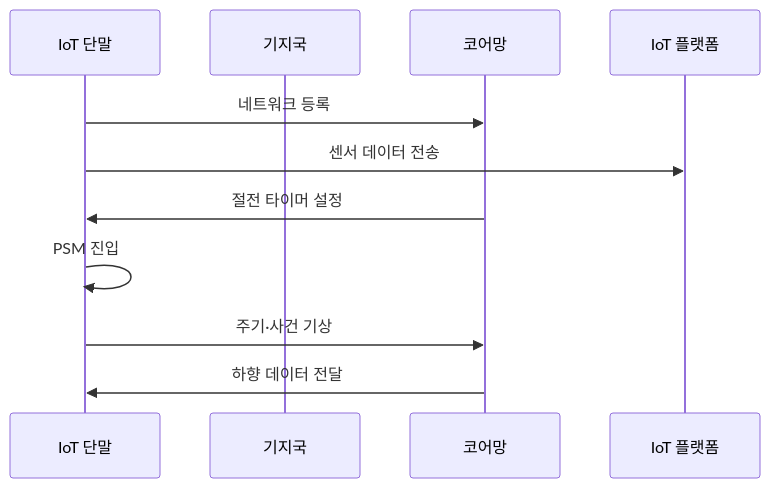
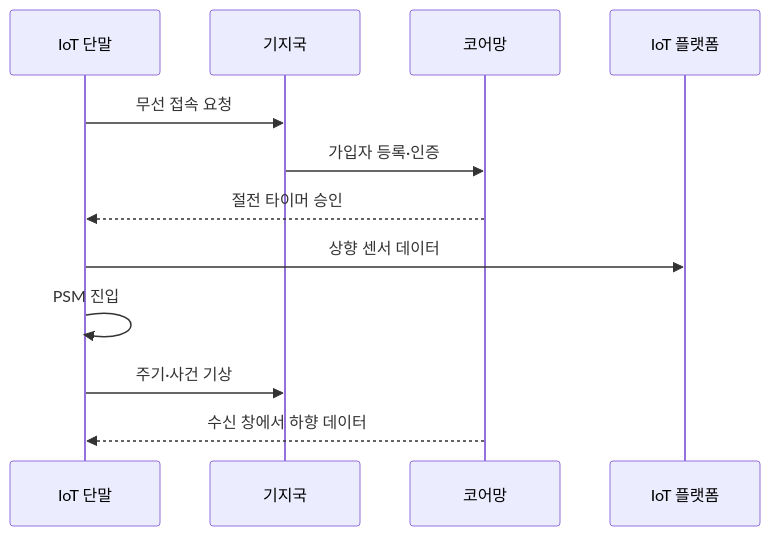
The second of 2 diagrams in src/content/docs/notes/04-network/055_nb_iot_lte_m.md (agnusdei1207/knowledge-base), drawn with Mermaid before and after one commit. The commit also changed other lines of this file and 7 other files, not shown here.

````diff
--- a/src/content/docs/notes/04-network/055_nb_iot_lte_m.md
+++ b/src/content/docs/notes/04-network/055_nb_iot_lte_m.md
@@ -84,13 +84,14 @@
 ```mermaid
 sequenceDiagram
     participant U as IoT 단말
     participant R as 기지국
     participant C as 코어망
     participant P as IoT 플랫폼
-    U->>C: 네트워크 등록
-    U->>P: 센서 데이터 전송
-    C->>U: 절전 타이머 설정
+    U->>R: 무선 접속 요청
+    R->>C: 가입자 등록·인증
+    C-->>U: 절전 타이머 승인
+    U->>P: 상향 센서 데이터
     U->>U: PSM 진입
-    U->>C: 주기·사건 기상
-    C->>U: 하향 데이터 전달
+    U->>R: 주기·사건 기상
+    C-->>U: 수신 창에서 하향 데이터
 ```
````
